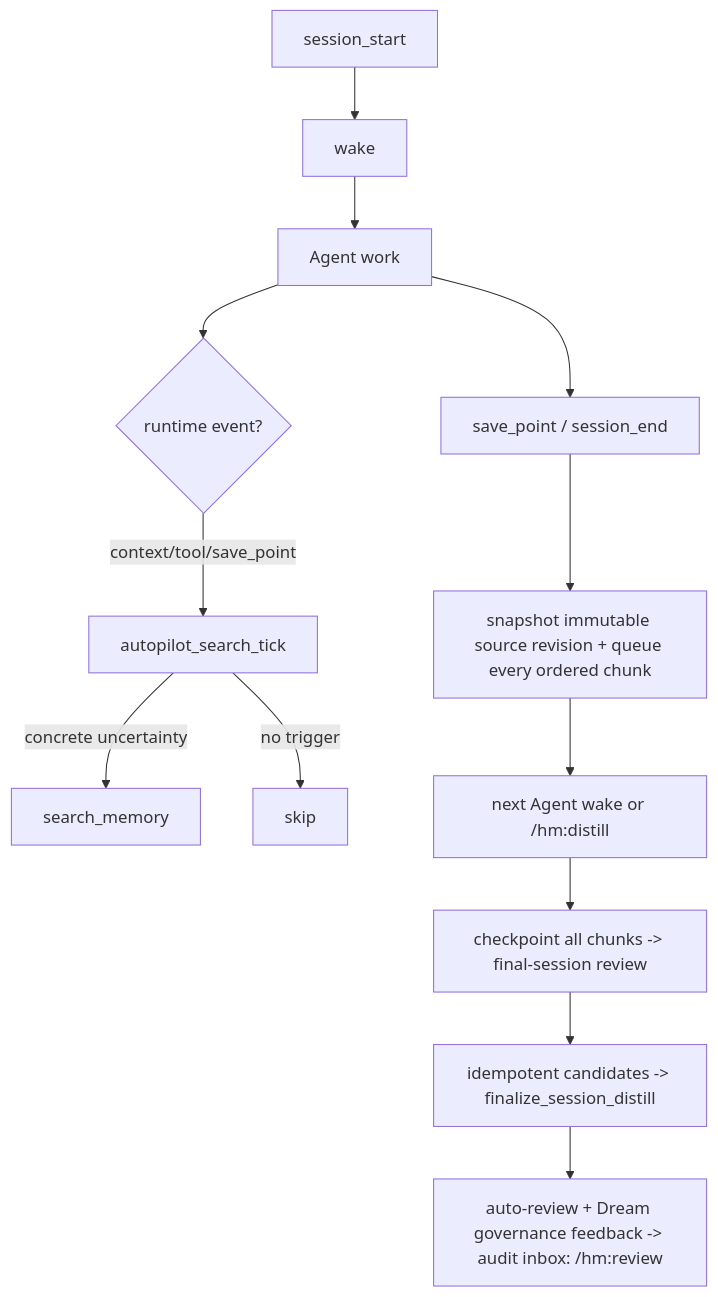
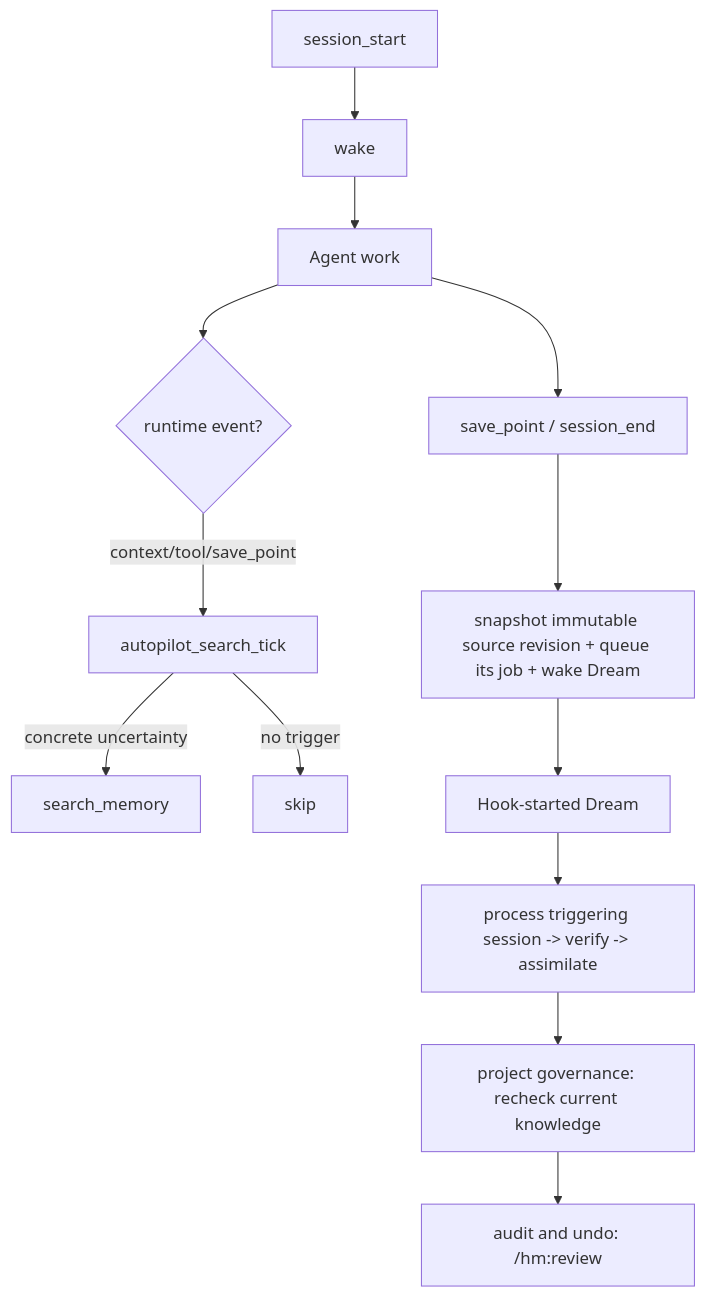
One commit to manhua-man/harness-mem changed the diagram in docs/autopilot-search-policy.md. Above: the diagram before and after it, drawn with Mermaid. The commit also changed other lines of this file and 32 other files, not shown here.

Commit message:
feat: route hook sessions through Dream

````diff
--- a/docs/autopilot-search-policy.md
+++ b/docs/autopilot-search-policy.md
@@ -16,15 +16,15 @@
 ```mermaid
 graph TD
     A["session_start"] --> B["wake"]
     B --> C["Agent work"]
     C --> D{"runtime event?"}
     D -->|context/tool/save_point| E["autopilot_search_tick"]
     E -->|concrete uncertainty| F["search_memory"]
     E -->|no trigger| G["skip"]
     C --> H["save_point / session_end"]
-    H --> I["snapshot immutable source revision + queue every ordered chunk"]
-    I --> J["next Agent wake or /hm:distill"]
-    J --> K["checkpoint all chunks -> final-session review"]
-    K --> M["idempotent candidates -> finalize_session_distill"]
-    M --> L["auto-review + Dream governance feedback -> audit inbox: /hm:review"]
+    H --> I["snapshot immutable source revision + queue its job + wake Dream"]
+    I --> J["Hook-started Dream"]
+    J --> K["process triggering session -> verify -> assimilate"]
+    K --> M["project governance: recheck current knowledge"]
+    M --> L["audit and undo: /hm:review"]
 ```
````
